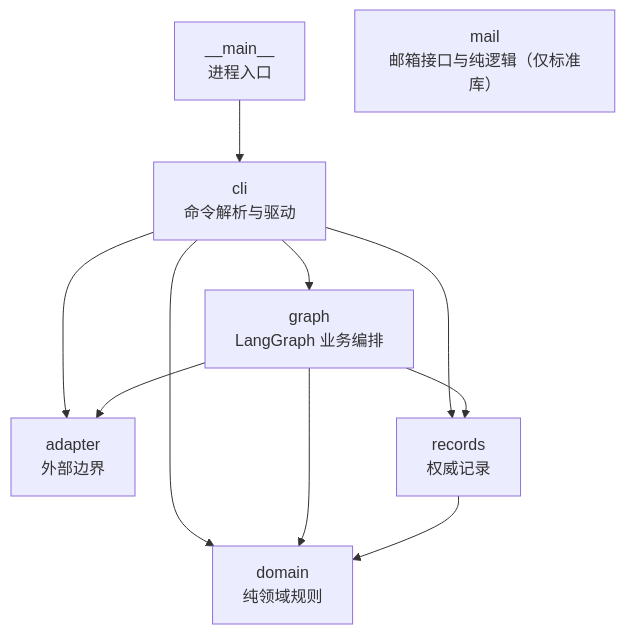
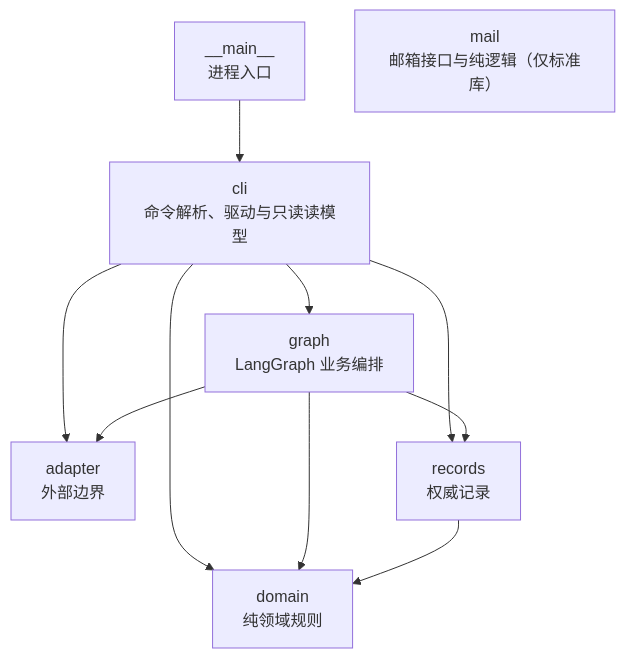
One commit to Lijiajin95/ForgeLoop changed the second of 9 diagrams in docs/architecture.md. Above: the diagram before and after it, drawn with Mermaid. The commit also changed other lines of this file and 1 other file, not shown here.

First line of the commit message:
docs(architecture): 恢复架构说明补全：5 张 Mermaid 图与事实修正

````diff
--- a/docs/architecture.md
+++ b/docs/architecture.md
@@ -39,13 +39,13 @@
 ```mermaid
 flowchart TD
-  Main["__main__<br/>进程入口"] --> CLI["cli<br/>命令解析与驱动"]
+  Main["__main__<br/>进程入口"] --> CLI["cli<br/>命令解析、驱动与只读读模型"]
   CLI --> Graph["graph<br/>LangGraph 业务编排"]
   CLI --> Adapter["adapter<br/>外部边界"]
   CLI --> Records["records<br/>权威记录"]
   CLI --> Domain["domain<br/>纯领域规则"]
   Graph --> Adapter
   Graph --> Records
   Graph --> Domain
   Records --> Domain
   Mail["mail<br/>邮箱接口与纯逻辑（仅标准库）"]
 ```
````
